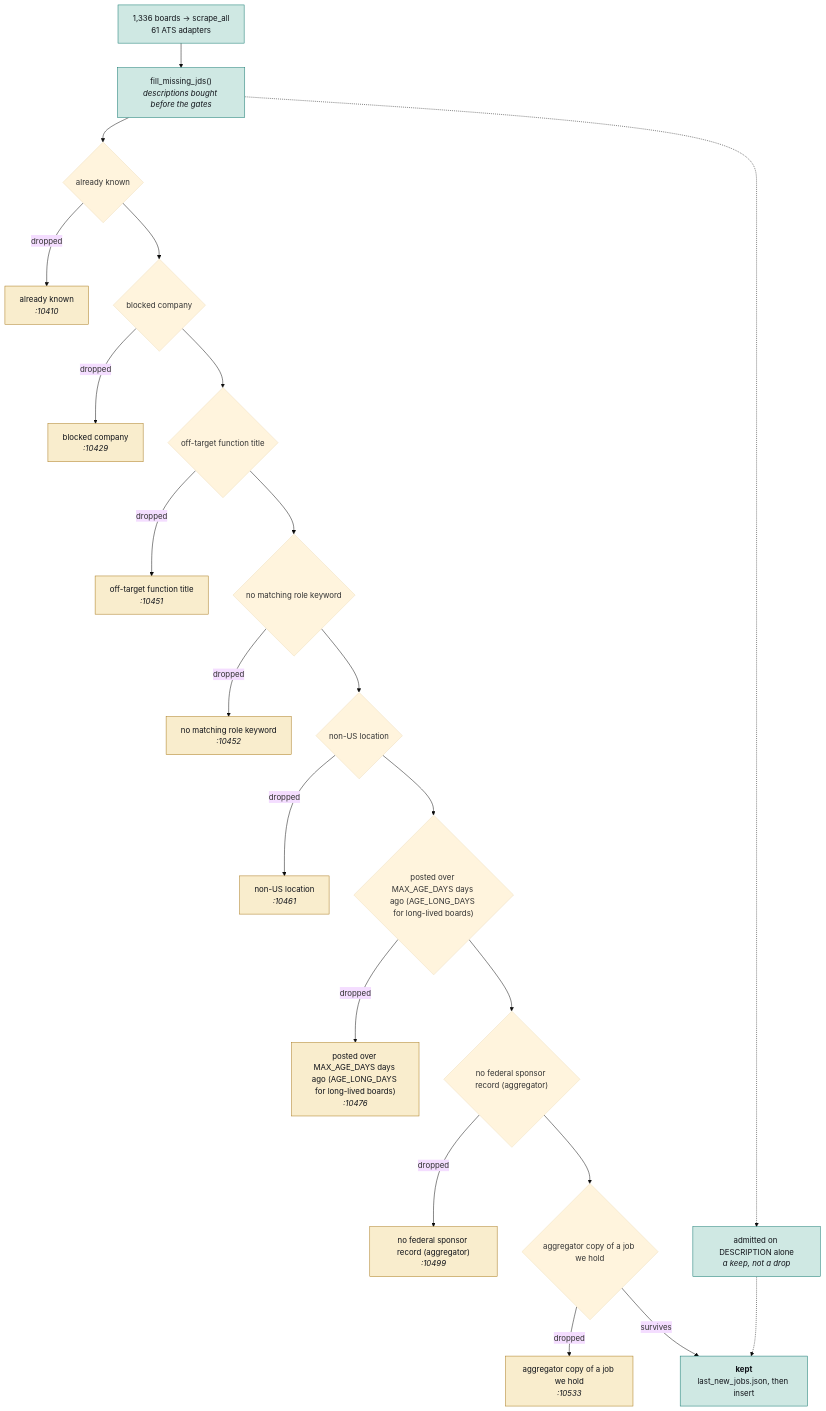
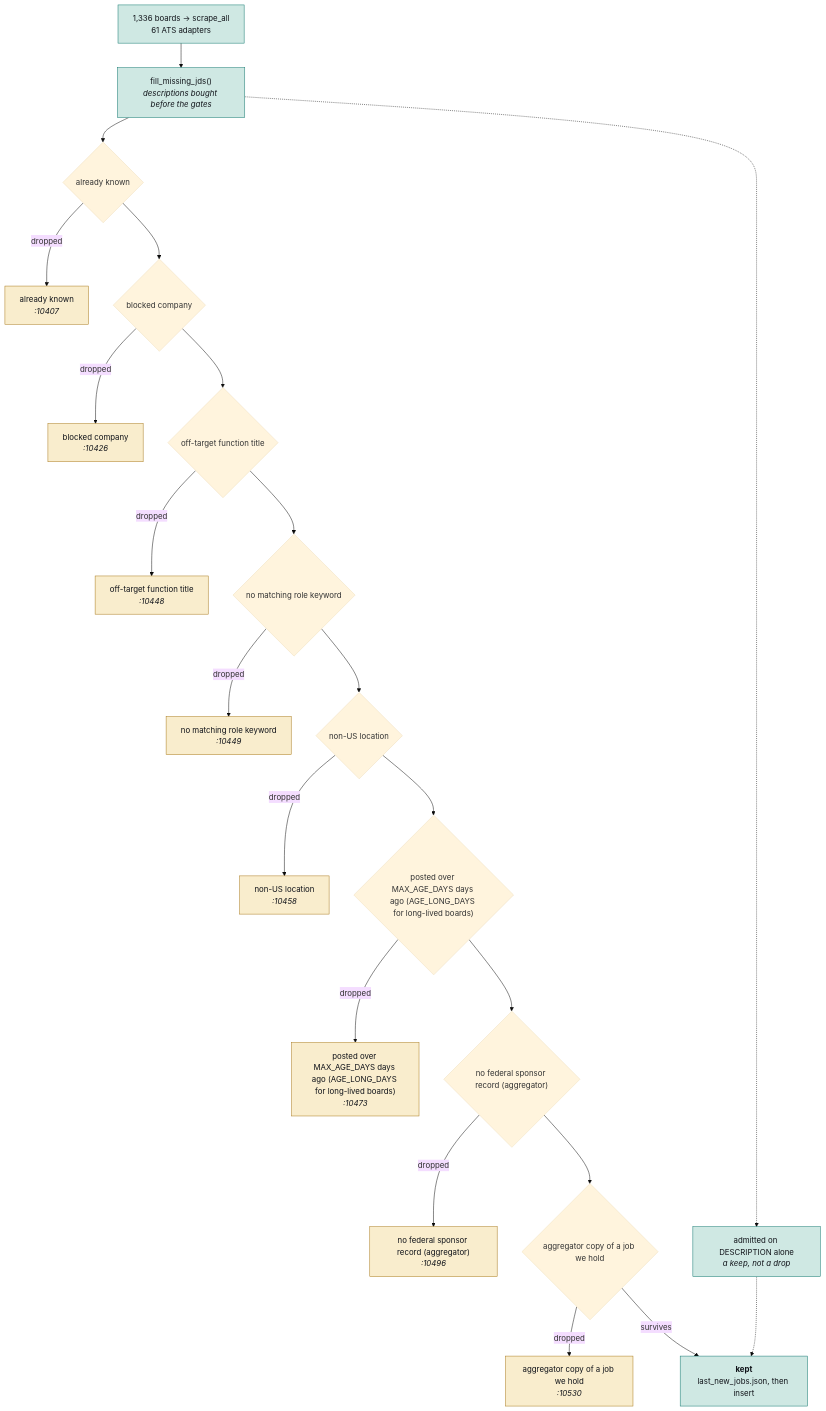
The second of 4 diagrams in JobMatch Scraper/docs/ARCHITECTURE.md (hadakunal909-debug/job-search-tool), drawn with Mermaid (base theme) before and after one commit. The commit also changed other lines of this file and 11 other files, not shown here.

````diff
--- a/JobMatch Scraper/docs/ARCHITECTURE.md
+++ b/JobMatch Scraper/docs/ARCHITECTURE.md
@@ -127,54 +127,54 @@
 ```mermaid
 flowchart TB
   SRC["1,336 boards → scrape_all<br/>61 ATS adapters"]
   JD["fill_missing_jds()<br/><i>descriptions bought before the gates</i>"]
   SRC --> JD
   G0{"already known"}
-  D0["already known<br/><i>:10410</i>"]
+  D0["already known<br/><i>:10407</i>"]
   JD --> G0
   G0 -->|dropped| D0
   class D0 trap
   G1{"blocked company"}
-  D1["blocked company<br/><i>:10429</i>"]
+  D1["blocked company<br/><i>:10426</i>"]
   G0 --> G1
   G1 -->|dropped| D1
   class D1 trap
   G2{"off-target function title"}
-  D2["off-target function title<br/><i>:10451</i>"]
+  D2["off-target function title<br/><i>:10448</i>"]
   G1 --> G2
   G2 -->|dropped| D2
   class D2 trap
   G3{"no matching role keyword"}
-  D3["no matching role keyword<br/><i>:10452</i>"]
+  D3["no matching role keyword<br/><i>:10449</i>"]
   G2 --> G3
   G3 -->|dropped| D3
   class D3 trap
   G4{"non-US location"}
-  D4["non-US location<br/><i>:10461</i>"]
+  D4["non-US location<br/><i>:10458</i>"]
   G3 --> G4
   G4 -->|dropped| D4
   class D4 trap
   G5{"posted over MAX_AGE_DAYS days ago (AGE_LONG_DAYS for long-lived boards)"}
-  D5["posted over MAX_AGE_DAYS days ago (AGE_LONG_DAYS for long-lived boards)<br/><i>:10476</i>"]
+  D5["posted over MAX_AGE_DAYS days ago (AGE_LONG_DAYS for long-lived boards)<br/><i>:10473</i>"]
   G4 --> G5
   G5 -->|dropped| D5
   class D5 trap
   G6{"no federal sponsor record (aggregator)"}
-  D6["no federal sponsor record (aggregator)<br/><i>:10499</i>"]
+  D6["no federal sponsor record (aggregator)<br/><i>:10496</i>"]
   G5 --> G6
   G6 -->|dropped| D6
   class D6 trap
   G7{"aggregator copy of a job we hold"}
-  D7["aggregator copy of a job we hold<br/><i>:10533</i>"]
+  D7["aggregator copy of a job we hold<br/><i>:10530</i>"]
   G6 --> G7
   G7 -->|dropped| D7
   class D7 trap
   KEEP["<b>kept</b><br/>last_new_jobs.json, then insert"]
   G7 -->|survives| KEEP
   RESCUE["admitted on DESCRIPTION alone<br/><i>a keep, not a drop</i>"]
   JD -.-> RESCUE
   RESCUE -.-> KEEP
   classDef trap fill:#f9edcd,stroke:#a8781a,color:#101319
   classDef sched fill:#cfe8e3,stroke:#0f766e,color:#101319
   class SRC,JD,KEEP,RESCUE sched
 ```
````
